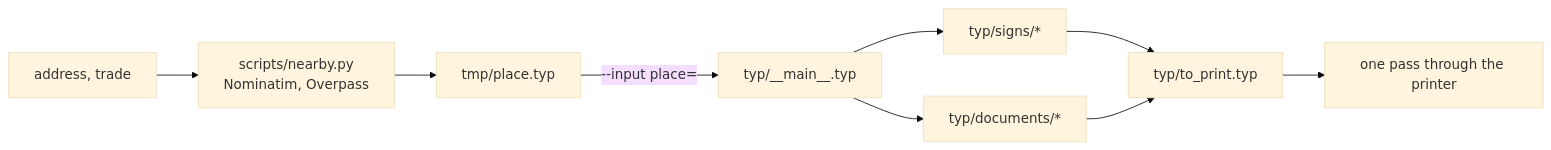
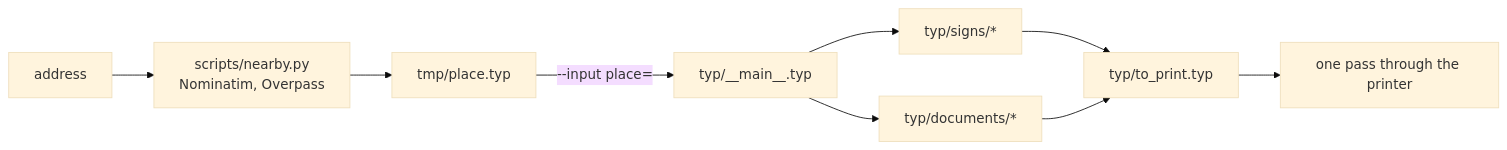
The diagram in docs/ARCHITECTURE.md (Service-Arb/verif_tools), drawn with Mermaid (base theme) before and after one commit. The commit also changed other lines of this file and 6 other files, not shown here.

````diff
--- a/docs/ARCHITECTURE.md
+++ b/docs/ARCHITECTURE.md
@@ -10,11 +10,11 @@
 ```mermaid
 flowchart LR
-    A["address, trade"] --> N["scripts/nearby.py<br/>Nominatim, Overpass"]
+    A["address"] --> N["scripts/nearby.py<br/>Nominatim, Overpass"]
     N --> P["tmp/place.typ"]
     P -->|--input place=| M["typ/__main__.typ"]
     M --> S["typ/signs/*"]
     M --> D["typ/documents/*"]
     S --> T["typ/to_print.typ"]
     D --> T
     T --> O["one pass through the printer"]
 ```
````
